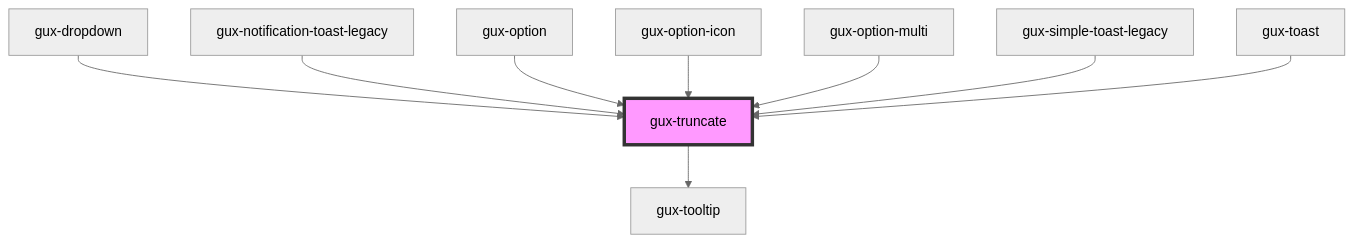
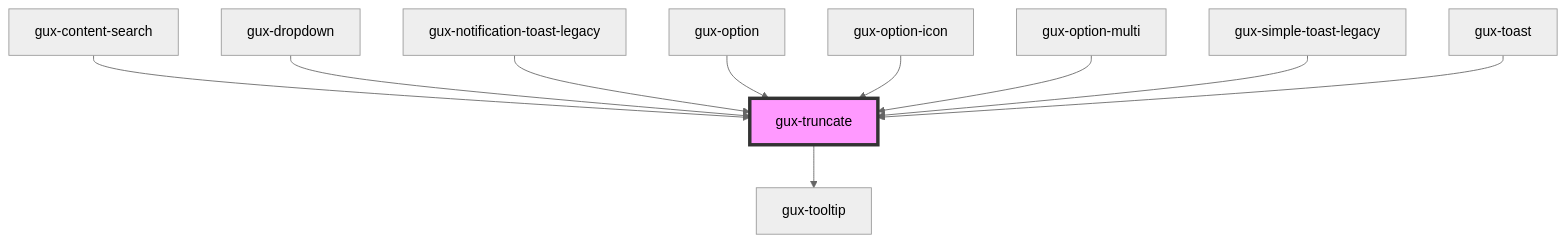
The diagram in packages/genesys-spark-components/src/components/stable/gux-truncate/readme.md (MyPureCloud/genesys-spark), drawn with Mermaid (neutral theme) before and after one commit. The commit also changed other lines of this file and 8 other files, not shown here.

First line of the commit message:
fix(gux-content-search): design fixes

````diff
--- a/packages/genesys-spark-components/src/components/stable/gux-truncate/readme.md
+++ b/packages/genesys-spark-components/src/components/stable/gux-truncate/readme.md
@@ -62,12 +63,13 @@
 ```mermaid
 graph TD;
   gux-truncate --> gux-tooltip
+  gux-content-search --> gux-truncate
   gux-dropdown --> gux-truncate
   gux-notification-toast-legacy --> gux-truncate
   gux-option --> gux-truncate
   gux-option-icon --> gux-truncate
   gux-option-multi --> gux-truncate
   gux-simple-toast-legacy --> gux-truncate
   gux-toast --> gux-truncate
   style gux-truncate fill:#f9f,stroke:#333,stroke-width:4px
 ```
````
